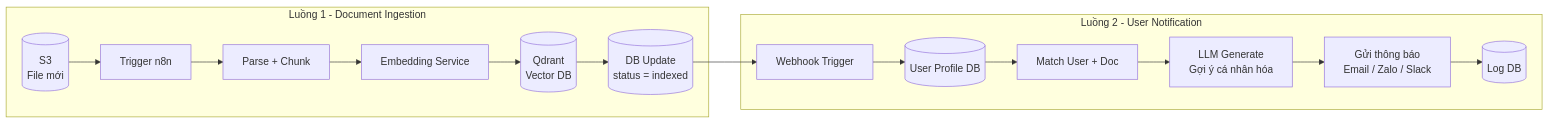
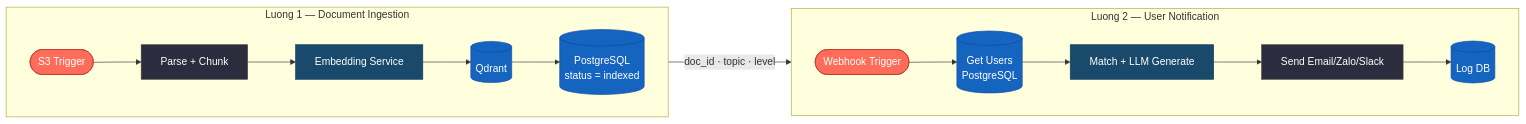
Before and after one commit to Nvcoing/WEUP-E-Learning: the fourth of 4 diagrams in B.md, drawn with Mermaid. The commit also changed other lines of this file, not shown here.

````diff
--- a/B.md
+++ b/B.md
@@ -201,21 +156,27 @@
 ```mermaid
 flowchart LR
 
-    subgraph Luồng 1 - Document Ingestion
-        S3[(S3\nFile mới)] --> T[Trigger n8n]
-        T --> PARSE[Parse + Chunk]
-        PARSE --> EMBED[Embedding Service]
-        EMBED --> QDRANT[(Qdrant\nVector DB)]
-        QDRANT --> DBUPDATE[(DB Update\nstatus = indexed)]
-    end
+classDef trigger fill:#FF6D5A,stroke:#c0392b,color:#fff
+classDef action  fill:#2c2c3e,stroke:#444,color:#fff
+classDef db      fill:#1565C0,stroke:#0d47a1,color:#fff
+classDef service fill:#1a4a6b,stroke:#0d3b57,color:#fff
+classDef done    fill:#1e8449,stroke:#196f3d,color:#fff
 
-    subgraph Luồng 2 - User Notification
-        WEBHOOK[Webhook Trigger] --> USERDB[(User Profile DB)]
-        USERDB --> MATCH[Match User + Doc]
-        MATCH --> LLM[LLM Generate\nGợi ý cá nhân hóa]
-        LLM --> NOTIFY[Gửi thông báo\nEmail / Zalo / Slack]
-        NOTIFY --> LOGDB[(Log DB)]
-    end
+subgraph FLOW1 [Luong 1 — Document Ingestion]
+    direction LR
+    A1([S3 Trigger]):::trigger --> A2[Parse + Chunk]:::action
+    A2 --> A3[Embedding Service]:::service
+    A3 --> A4[(Qdrant)]:::db
+    A4 --> A5[(PostgreSQL\nstatus = indexed)]:::db
+end
 
-    DBUPDATE --> WEBHOOK
+subgraph FLOW2 [Luong 2 — User Notification]
+    direction LR
+    B1([Webhook Trigger]):::trigger --> B2[(Get Users\nPostgreSQL)]:::db
+    B2 --> B3[Match + LLM Generate]:::service
+    B3 --> B4[Send Email/Zalo/Slack]:::action
+    B4 --> B5[(Log DB)]:::db
+end
+
+A5 -- "doc_id · topic · level" --> B1
 ```
````
